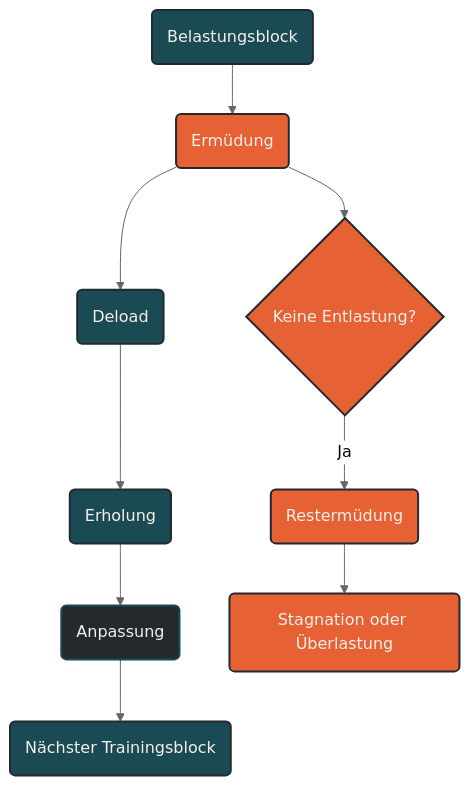
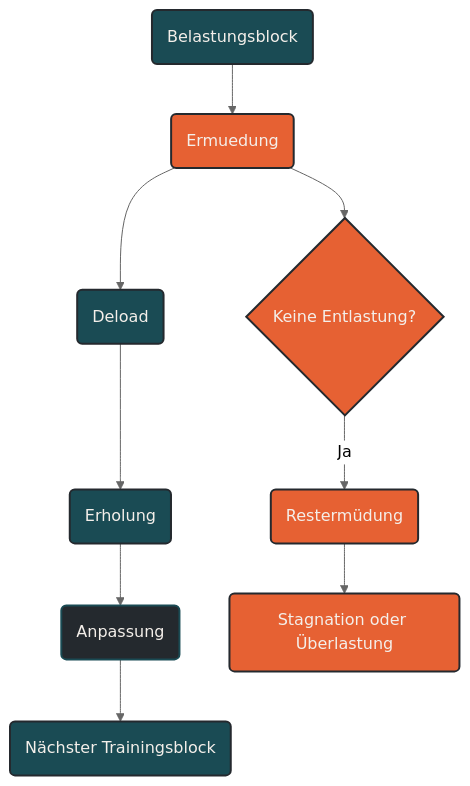
The diagram in content/00-ausdauersport/00-trainingswissenschaft/02-periodisierung/02-deload.md (Quixos40K/ausdauersport-typemill), drawn with Mermaid (neutral theme) before and after one commit. The commit also changed other lines of this file, not shown here.

````diff
--- a/content/00-ausdauersport/00-trainingswissenschaft/02-periodisierung/02-deload.md
+++ b/content/00-ausdauersport/00-trainingswissenschaft/02-periodisierung/02-deload.md
@@ -160,27 +160,27 @@
 ```mermaid
 graph TD
-    A(Belastungsblock) --> B(Ermüdung)
+    A(Belastungsblock) --> B(Ermuedung)
     B --> C(Deload)
     C --> D(Erholung)
     D --> E(Anpassung)
     E --> F(Nächster Trainingsblock)
 
     B --> G{Keine Entlastung?}
     G -->|Ja| H(Restermüdung)
     H --> I(Stagnation oder Überlastung)
 
     classDef default fill:#F4EFEA,stroke:#1A4B54,stroke-width:2px,color:#24292E;
     classDef primary fill:#1A4B54,stroke:#24292E,stroke-width:2px,color:#F4EFEA;
     classDef highlight fill:#E66133,stroke:#24292E,stroke-width:2px,color:#F4EFEA;
     classDef dark fill:#24292E,stroke:#1A4B54,stroke-width:2px,color:#F4EFEA;
 
     class A primary;
     class B highlight;
     class C primary;
     class D primary;
     class E dark;
     class F primary;
     class G highlight;
     class H highlight;
     class I highlight;
 ```
````
